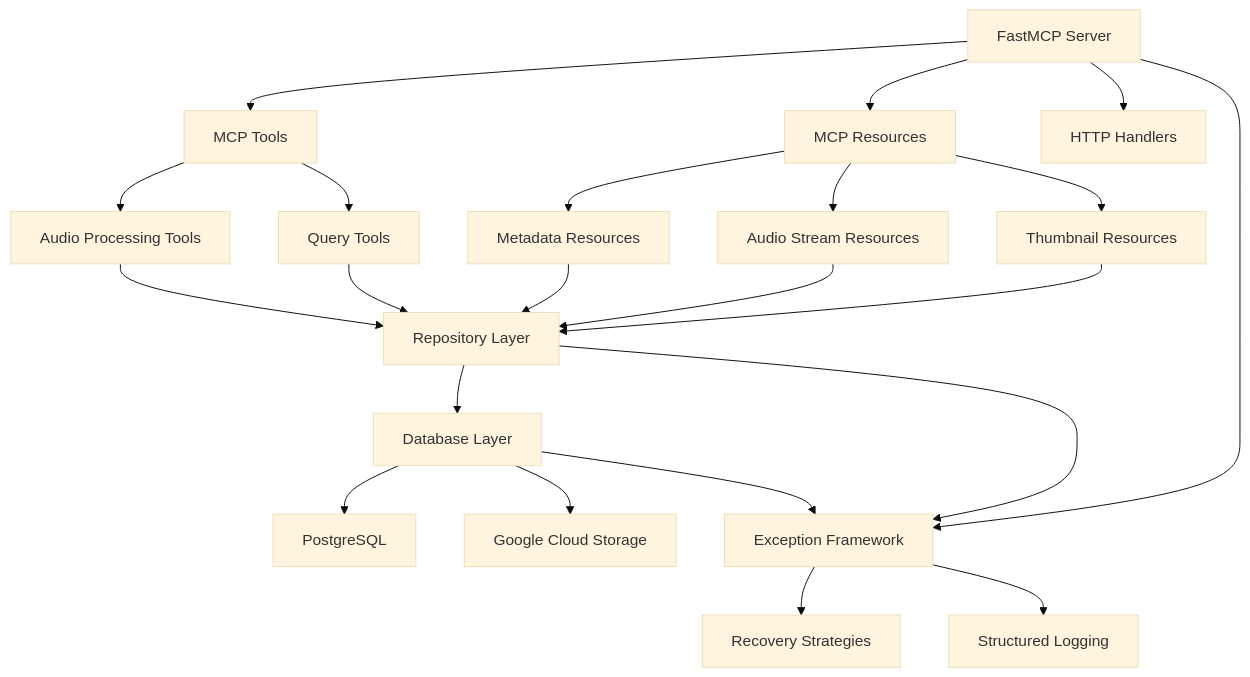
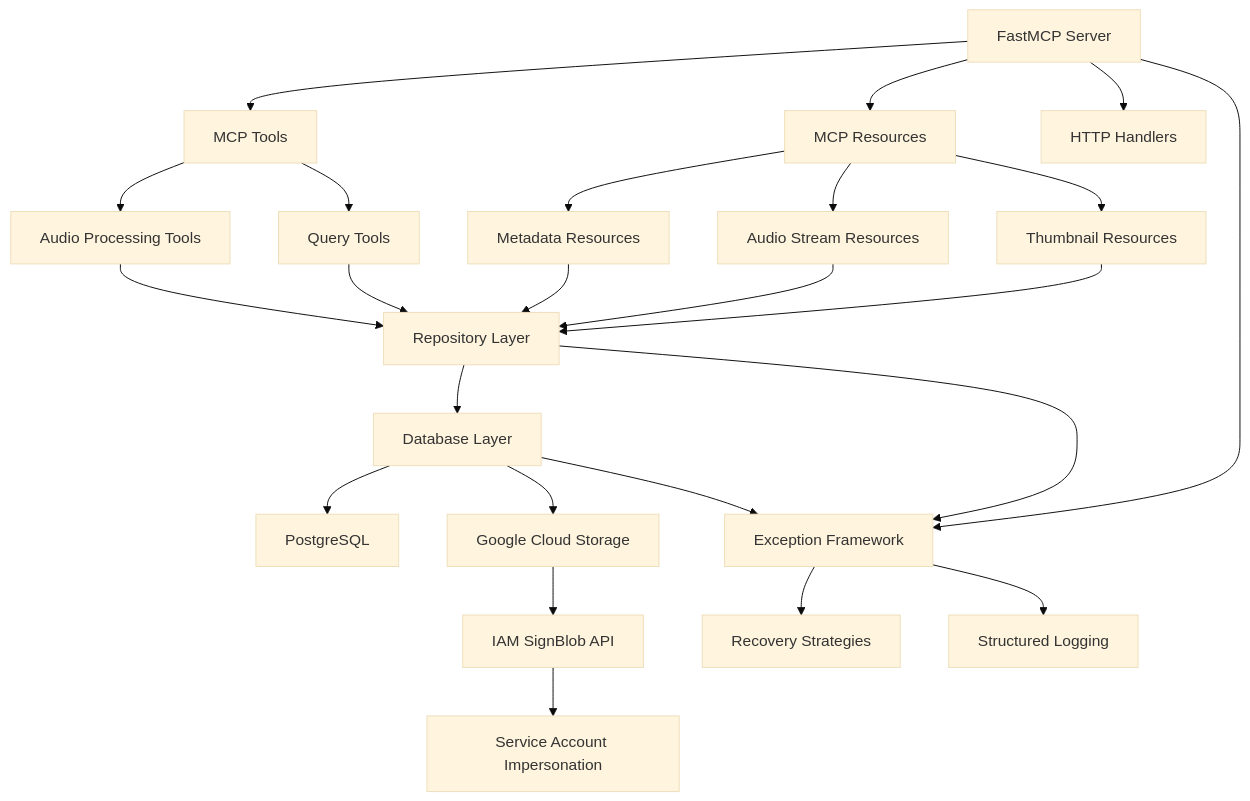
Before and after one commit to DelicateAlchemy/loist-mcp-server: the first of 5 diagrams in docs/architecture-overview.md, drawn with Mermaid (base theme). The commit also changed other lines of this file and 3 other files, not shown here.

First line of the commit message:
docs: Update documentation with Google Cloud architecture and signed URL implementation

````diff
--- a/docs/architecture-overview.md
+++ b/docs/architecture-overview.md
@@ -9,30 +9,32 @@
 ```mermaid
 graph TB
     A[FastMCP Server] --> B[MCP Tools]
     A --> C[MCP Resources]
     A --> D[HTTP Handlers]
 
     B --> E[Audio Processing Tools]
     B --> F[Query Tools]
 
     C --> G[Metadata Resources]
     C --> H[Audio Stream Resources]
     C --> I[Thumbnail Resources]
 
     E --> J[Repository Layer]
     F --> J
     G --> J
     H --> J
     I --> J
 
     J --> K[Database Layer]
     K --> L[PostgreSQL]
     K --> M[Google Cloud Storage]
+    M --> Q[IAM SignBlob API]
+    Q --> R[Service Account Impersonation]
 
     A --> N[Exception Framework]
     J --> N
     K --> N
 
     N --> O[Recovery Strategies]
     N --> P[Structured Logging]
 ```
````
